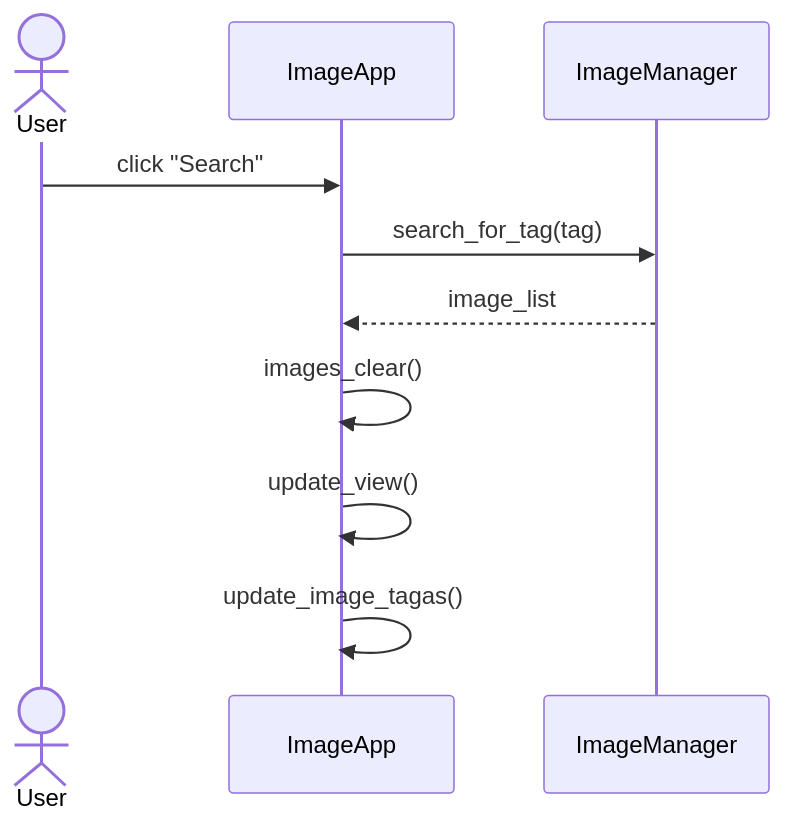
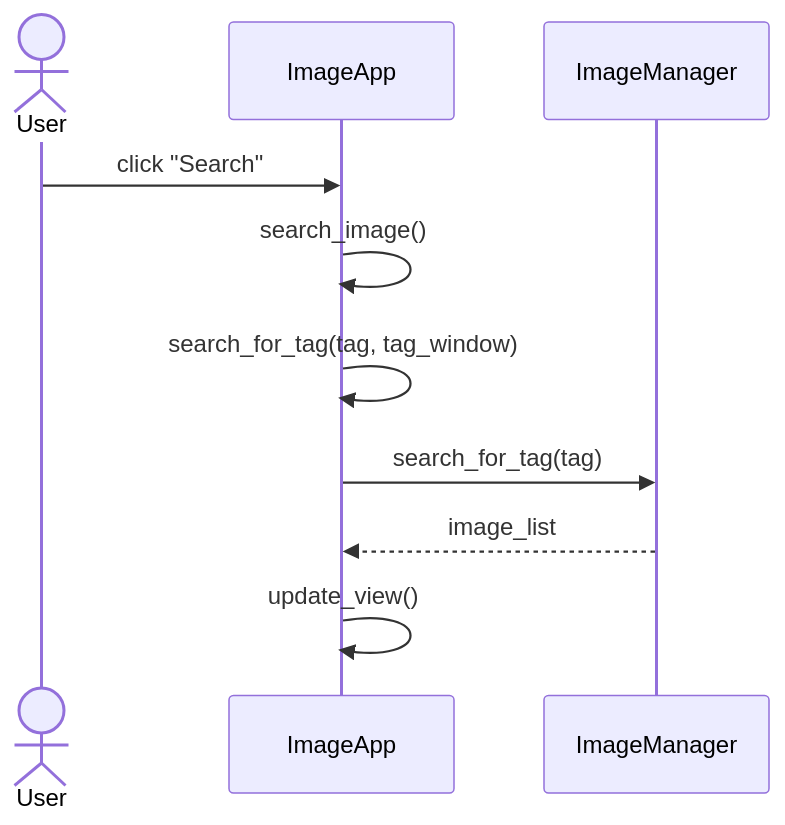
One commit to syrvil/ot-harjoitustyo changed the third of 4 diagrams in dokumentaatio/arkkitehtuuri.md. Above: the diagram before and after it, drawn with Mermaid. The commit also changed other lines of this file, not shown here.

````diff
--- a/dokumentaatio/arkkitehtuuri.md
+++ b/dokumentaatio/arkkitehtuuri.md
@@ -91,12 +91,13 @@
 ```mermaid
 sequenceDiagram
   actor User
   participant ImageApp
   participant ImageManager
   User->>ImageApp: click "Search"
+  ImageApp ->> ImageApp: search_image()
+  ImageApp ->> ImageApp: search_for_tag(tag, tag_window)
   ImageApp->>ImageManager: search_for_tag(tag)
   ImageManager-->>ImageApp: image_list
-  ImageApp->>ImageApp: images_clear()
   ImageApp->>ImageApp: update_view()
-  ImageApp->>ImageApp: update_image_tagas()
+
 ```
````
